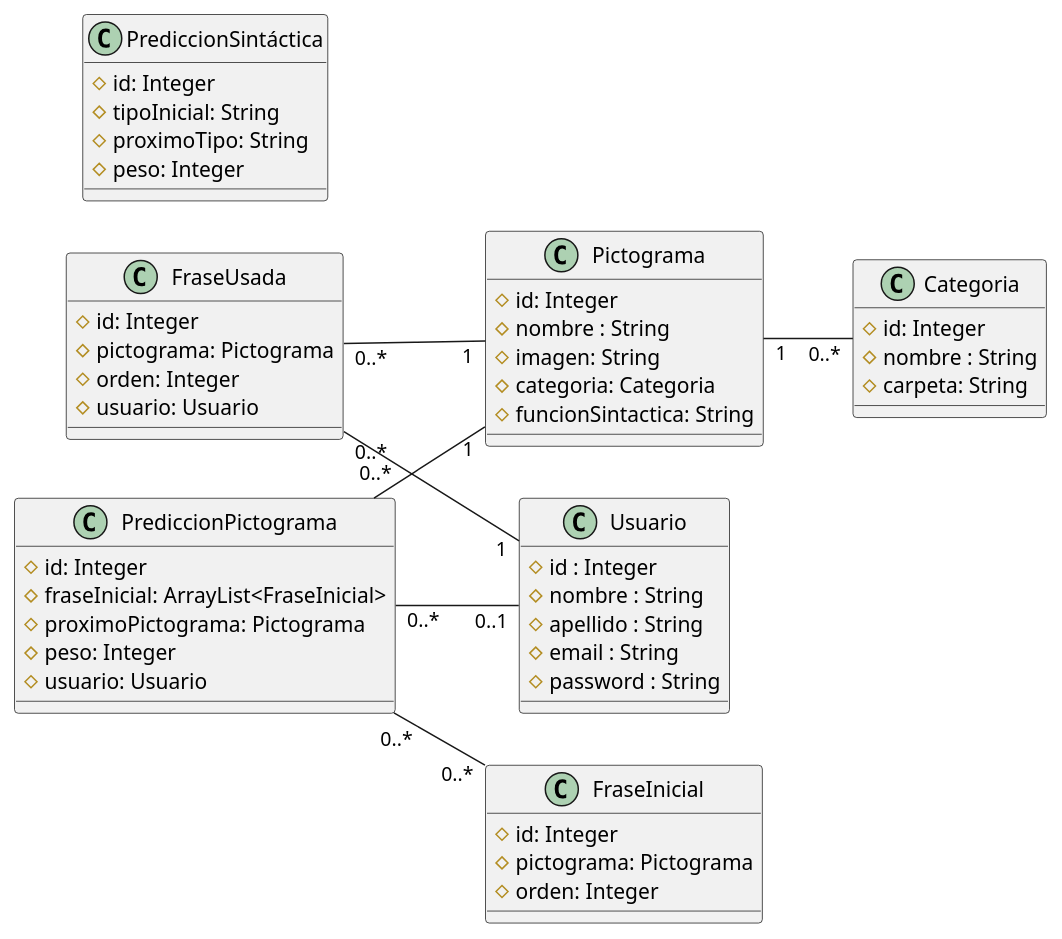
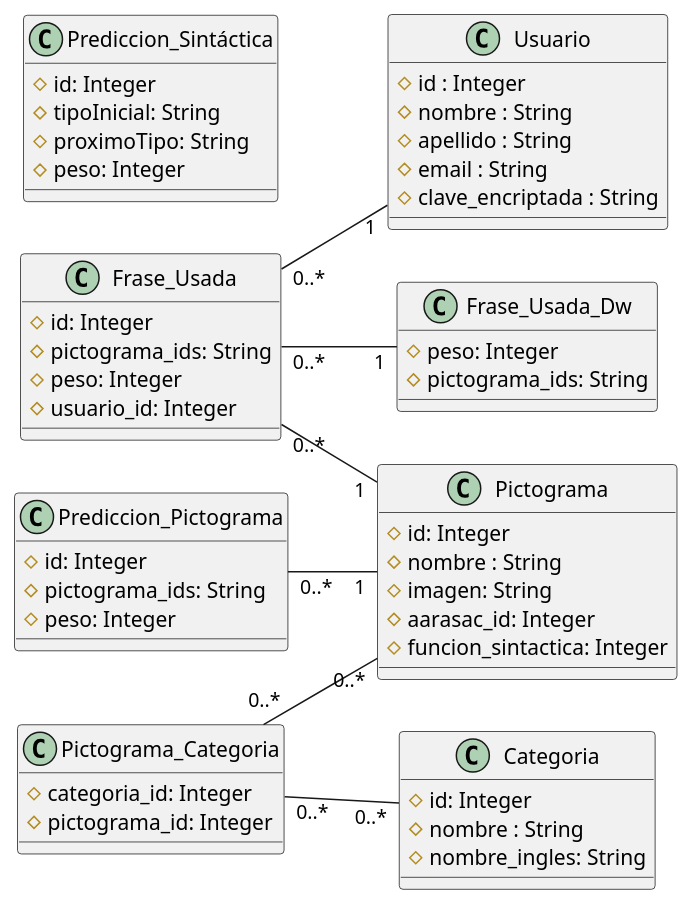
The diagram in src/main/resources/DER.puml (Bashie/predictivo), drawn with PlantUML before and after one commit. The commit also changed 14 other files, not shown here.

```diff
--- a/src/main/resources/DER.puml
+++ b/src/main/resources/DER.puml
@@ -1,60 +1,62 @@
 @startuml "Diagrama de clase"
 left to right direction
 
 Class Usuario {
     #id : Integer
     #nombre : String
     #apellido : String
     #email : String
-    #password : String
+    #clave_encriptada : String
 }
 
 Class Pictograma {
     #id: Integer
     #nombre : String
     #imagen: String
-    #categoria: Categoria
-    #funcionSintactica: String
+    #aarasac_id: Integer
+    #funcion_sintactica: Integer
 }
 
 Class Categoria {
     #id: Integer
     #nombre : String
-    #carpeta: String
+    #nombre_ingles: String
 }
 
-Class PrediccionPictograma {
-	#id: Integer
-	#fraseInicial: ArrayList<FraseInicial>
-	#proximoPictograma: Pictograma
-	#peso: Integer
-	#usuario: Usuario
+Class Pictograma_Categoria {
+    #categoria_id: Integer
+    #pictograma_id: Integer
 }
 
-Class FraseInicial {
+Class Prediccion_Pictograma {
 	#id: Integer
-	#pictograma: Pictograma
-	#orden: Integer
+	#pictograma_ids: String
+	#peso: Integer
 }
 
-Class PrediccionSintáctica {
+Class Prediccion_Sintáctica {
 	#id: Integer
 	#tipoInicial: String
 	#proximoTipo: String
 	#peso: Integer
 }
 
-Class FraseUsada {
+Class Frase_Usada {
 	#id: Integer
-	#pictograma: Pictograma
-	#orden: Integer
-	#usuario: Usuario
+	#pictograma_ids: String
+	#peso: Integer
+	#usuario_id: Integer
 }
 
-Pictograma "1" -- "0..*" Categoria
-PrediccionPictograma "0..*" -- "1" Pictograma
-PrediccionPictograma "0..*" -- "0..*" FraseInicial
-PrediccionPictograma "0..*" -- "0..1" Usuario 
-FraseUsada "0..*" -- "1" Pictograma
-FraseUsada "0..*" -- "1" Usuario 
+Class Frase_Usada_Dw {
+	#peso: Integer
+	#pictograma_ids: String
+}
+
+Frase_Usada "0..*" -- "1" Usuario
+Pictograma_Categoria "0..*" -- "0..*" Categoria
+Pictograma_Categoria "0..*" -- "0..*" Pictograma
+Prediccion_Pictograma "0..*" -- "1" Pictograma
+Frase_Usada "0..*" -- "1" Pictograma
+Frase_Usada "0..*" -- "1" Frase_Usada_Dw 
 @enduml
```
